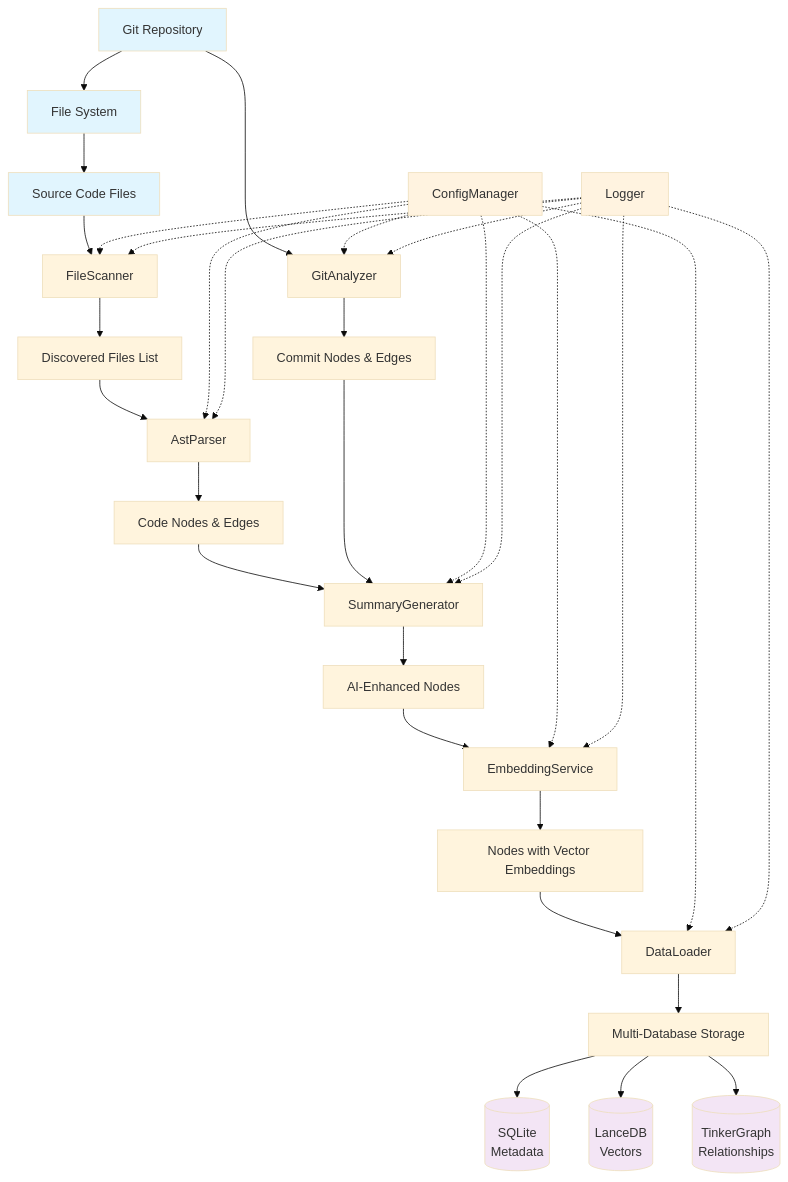
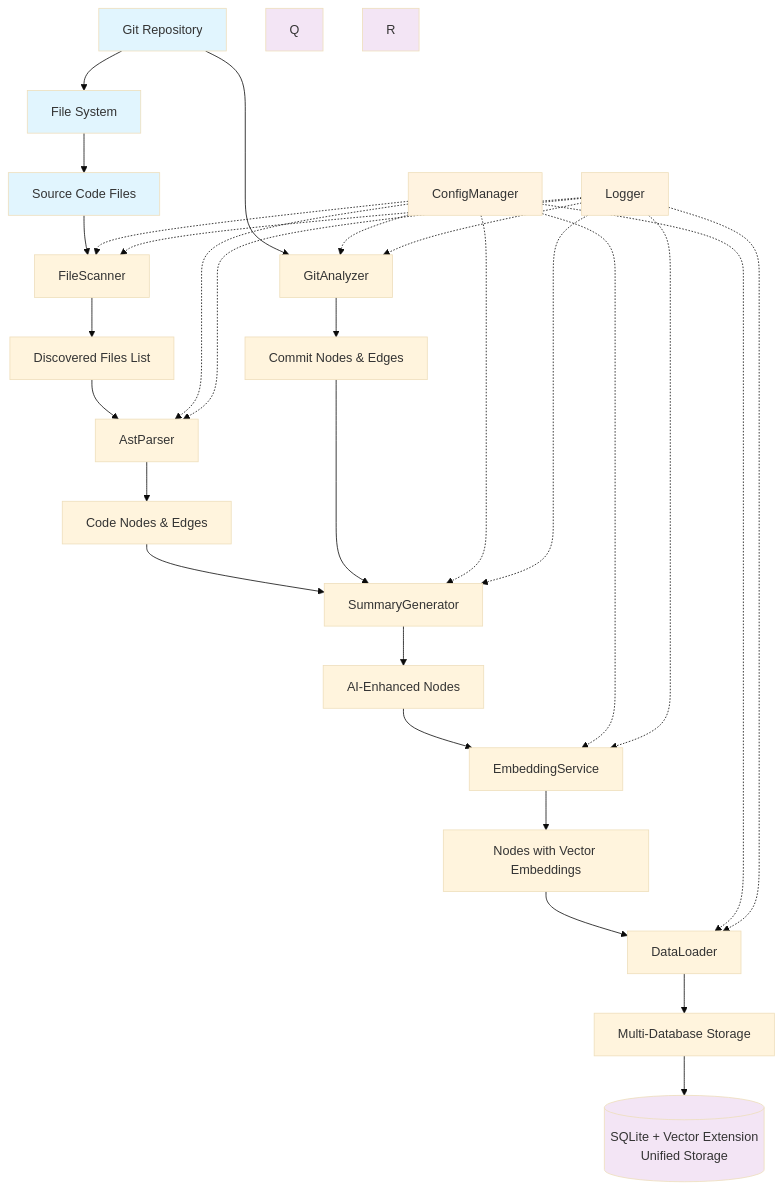
Before and after one commit to foyzulkarim/hikma-engine: the first of 6 diagrams in ARCHITECTURE_DIAGRAMS.md, drawn with Mermaid (base theme). The commit also changed other lines of this file and 68 other files, not shown here.

First line of the commit message:
feat: migrate to unified SQLite architecture with sqlite-vec extension

````diff
--- a/ARCHITECTURE_DIAGRAMS.md
+++ b/ARCHITECTURE_DIAGRAMS.md
@@ -5,55 +5,53 @@
 ```mermaid
 graph TB
     %% Input Sources
     A[Git Repository] --> B[File System]
     B --> C[Source Code Files]
     
     %% Core Processing Pipeline
     C --> D[FileScanner]
     D --> E[Discovered Files List]
     
     E --> F[AstParser]
     F --> G[Code Nodes & Edges]
     
     A --> H[GitAnalyzer]
     H --> I[Commit Nodes & Edges]
     
     G --> J[SummaryGenerator]
     I --> J
     J --> K[AI-Enhanced Nodes]
     
     K --> L[EmbeddingService]
     L --> M[Nodes with Vector Embeddings]
     
     M --> N[DataLoader]
     N --> O[Multi-Database Storage]
     
     %% Storage Layer
-    O --> P[(SQLite<br/>Metadata)]
-    O --> Q[(LanceDB<br/>Vectors)]
-    O --> R[(TinkerGraph<br/>Relationships)]
+    O --> P[(SQLite + Vector Extension<br/>Unified Storage)]
     
     %% Configuration & Utilities
     S[ConfigManager] -.-> D
     S -.-> F
     S -.-> H
     S -.-> J
     S -.-> L
     S -.-> N
     
     T[Logger] -.-> D
     T -.-> F
     T -.-> H
     T -.-> J
     T -.-> L
     T -.-> N
     
     style A fill:#e1f5fe
     style B fill:#e1f5fe
     style C fill:#e1f5fe
     style P fill:#f3e5f5
     style Q fill:#f3e5f5
     style R fill:#f3e5f5
     style S fill:#fff3e0
     style T fill:#fff3e0
 ```
````
